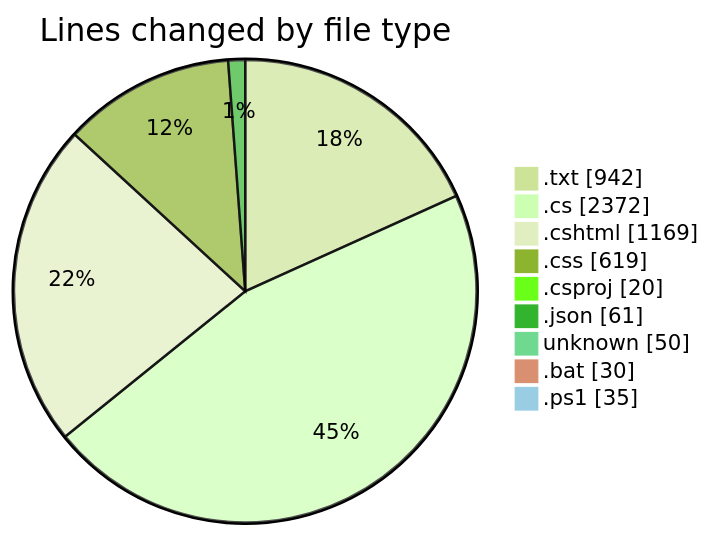
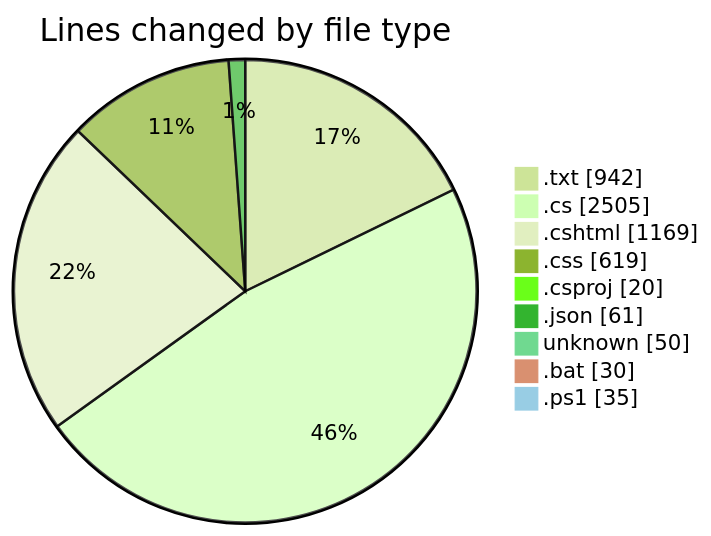
One commit to lephambinh05/code-tracking changed the first of 2 diagrams in 2025-07-26/quanlyrapchieuphim-1/README.md. Above: the diagram before and after it, drawn with Mermaid (forest theme). The commit also changed other lines of this file and 1 other file, not shown here.

````diff
--- a/2025-07-26/quanlyrapchieuphim-1/README.md
+++ b/2025-07-26/quanlyrapchieuphim-1/README.md
@@ -37,13 +37,13 @@
 ```mermaid
 pie showData
 title Lines changed by file type
 ".txt" : 942
-".cs" : 2372
+".cs" : 2505
 ".cshtml" : 1169
 ".css" : 619
 ".csproj" : 20
 ".json" : 61
 "unknown" : 50
 ".bat" : 30
 ".ps1" : 35
 ```
````
